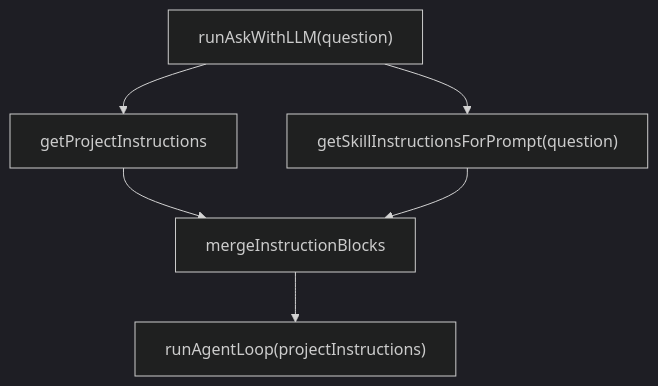
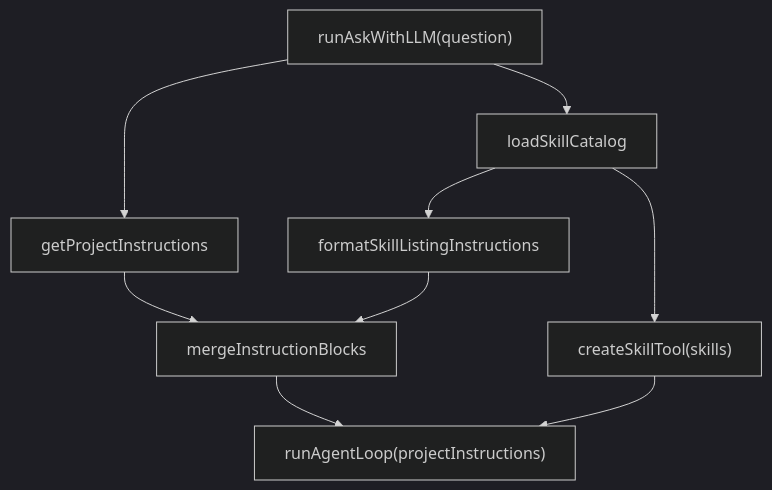
Before and after one commit to nova-agents-ai/nova-code: the second of 3 diagrams in docs/architecture/M9-architecture.md, drawn with Mermaid (dark theme). The commit also changed other lines of this file and 23 other files, not shown here.

````diff
--- a/docs/architecture/M9-architecture.md
+++ b/docs/architecture/M9-architecture.md
@@ -90,8 +97,11 @@
 ```mermaid
 flowchart TD
   ASK["runAskWithLLM(question)"] --> PI["getProjectInstructions"]
-  ASK --> SC["getSkillInstructionsForPrompt(question)"]
+  ASK --> CAT["loadSkillCatalog"]
+  CAT --> LIST["formatSkillListingInstructions"]
   PI --> MERGE["mergeInstructionBlocks"]
-  SC --> MERGE
+  LIST --> MERGE
+  CAT --> TOOL["createSkillTool(skills)"]
   MERGE --> LOOP["runAgentLoop(projectInstructions)"]
+  TOOL --> LOOP
 ```
````
